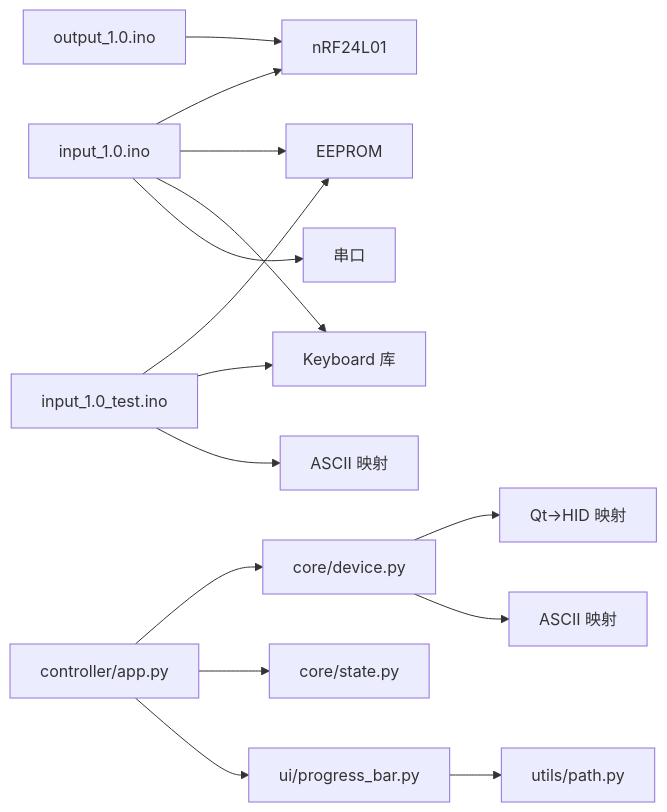
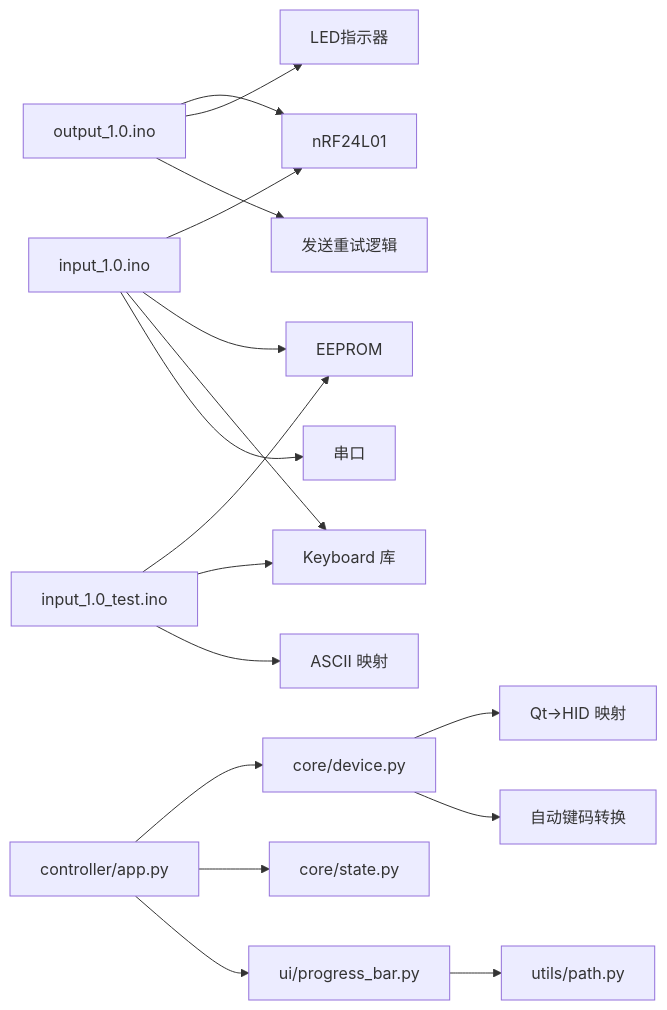
One commit to Hankun-P/wireless-keyboard-toy changed the eighth of 9 diagrams in .qoder/repowiki/zh/content/硬件系统设计/固件实现细节.md. Above: the diagram before and after it, drawn with Mermaid. The commit also changed other lines of this file and 10 other files, not shown here.

````diff
--- a/.qoder/repowiki/zh/content/硬件系统设计/固件实现细节.md
+++ b/.qoder/repowiki/zh/content/硬件系统设计/固件实现细节.md
@@ -368,17 +512,19 @@
 ```mermaid
 graph LR
 OUT["output_1.0.ino"] --> RF["nRF24L01"]
+OUT --> LED["LED指示器"]
+OUT --> RETRY["发送重试逻辑"]
 INP["input_1.0.ino"] --> RF
 INP --> EEPROM["EEPROM"]
 INP --> HID["Keyboard 库"]
 INP_TEST["input_1.0_test.ino"] --> EEPROM
 INP_TEST --> HID
 INP_TEST --> ASCII["ASCII 映射"]
 INP --> SER["串口"]
 CTRL["controller/app.py"] --> DEV["core/device.py"]
 CTRL --> STATE["core/state.py"]
 CTRL --> PROG["ui/progress_bar.py"]
 PROG --> PATH["utils/path.py"]
 DEV --> HID_MAP["Qt->HID 映射"]
-DEV --> ASCII_MAP["ASCII 映射"]
+DEV --> AUTO_CONVERT["自动键码转换"]
 ```
````
